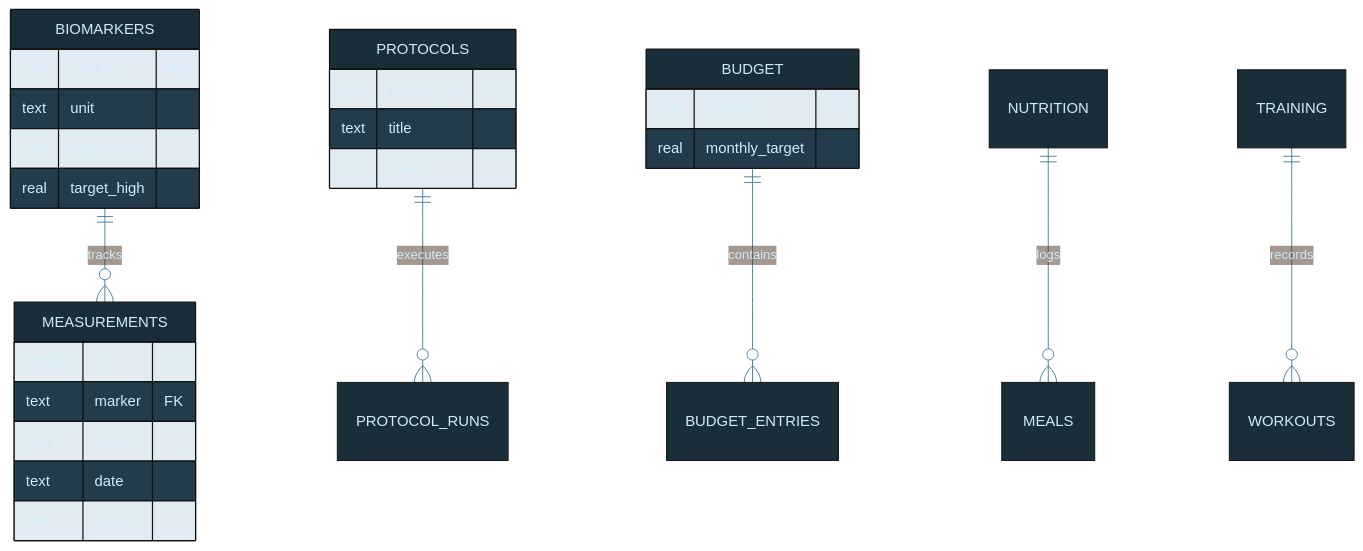
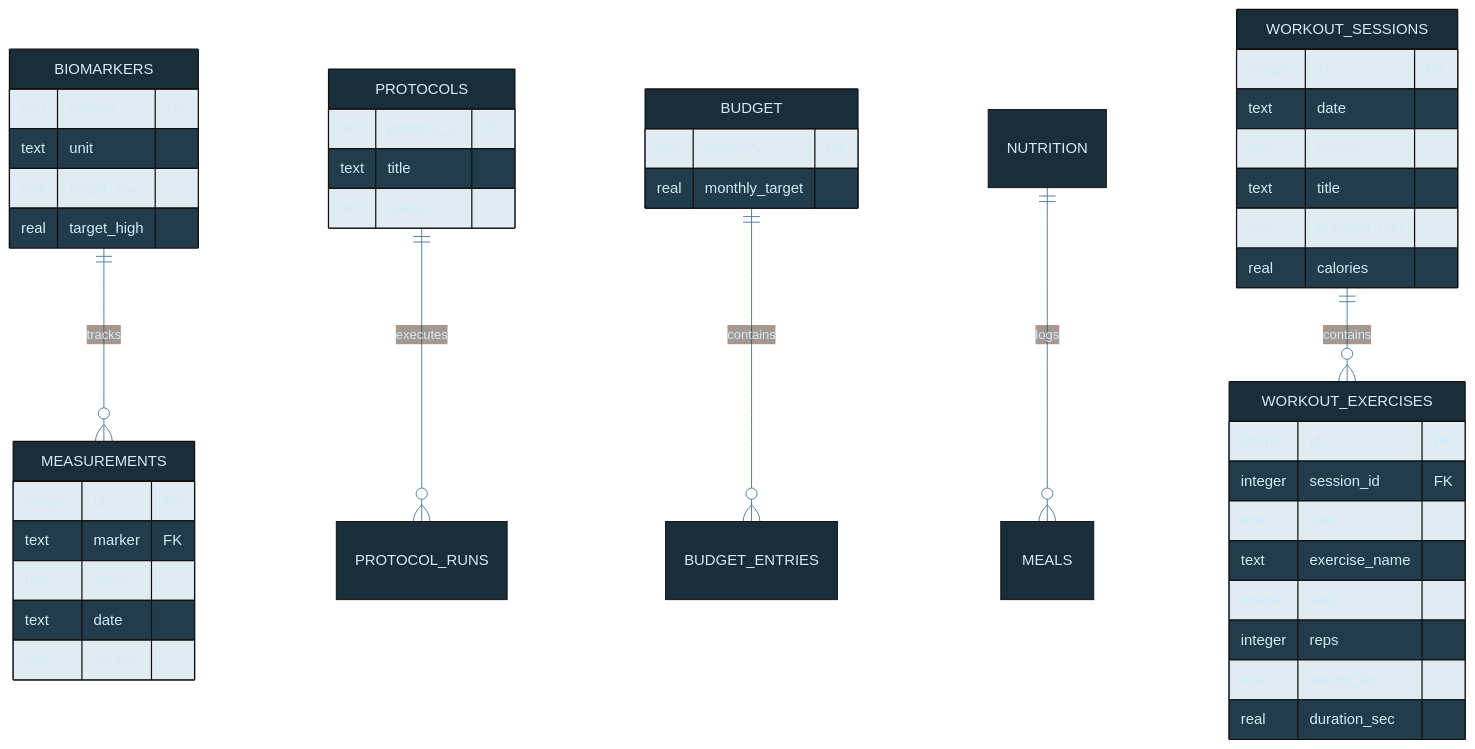
One commit to tylerdrakemusic/-Workspace changed the diagram in diagrams/life-db-schema.mmd. Above: the diagram before and after it, drawn with Mermaid. The commit also changed 2 other files, not shown here.

Commit message:
⊕ workspace: diagrams — update life-*.mmd for trainerize sync [FR-20260506]

```diff
--- a/diagrams/life-db-schema.mmd
+++ b/diagrams/life-db-schema.mmd
@@ -1,30 +1,48 @@
 %%{init: {'theme': 'base', 'themeVariables': {'primaryColor': '#1a2e3a', 'primaryTextColor': '#d0ecf8', 'edgeLabelBackground': '#0f1318', 'lineColor': '#4a7a9a'}}}%%
 erDiagram
     BIOMARKERS ||--o{ MEASUREMENTS : tracks
     PROTOCOLS ||--o{ PROTOCOL_RUNS : executes
     BUDGET ||--o{ BUDGET_ENTRIES : contains
     NUTRITION ||--o{ MEALS : logs
-    TRAINING ||--o{ WORKOUTS : records
+    WORKOUT_SESSIONS ||--o{ WORKOUT_EXERCISES : contains
 
     BIOMARKERS {
         text marker PK
         text unit
         real target_low
         real target_high
     }
     MEASUREMENTS {
         integer id PK
         text marker FK
         real value
         text date
         text source
     }
     PROTOCOLS {
         text protocol_id PK
         text title
         text status
     }
     BUDGET {
         text category PK
         real monthly_target
     }
+    WORKOUT_SESSIONS {
+        integer id PK
+        text date
+        text source
+        text title
+        real duration_min
+        real calories
+    }
+    WORKOUT_EXERCISES {
+        integer id PK
+        integer session_id FK
+        text date
+        text exercise_name
+        integer sets
+        integer reps
+        real weight_kg
+        real duration_sec
+    }
```
